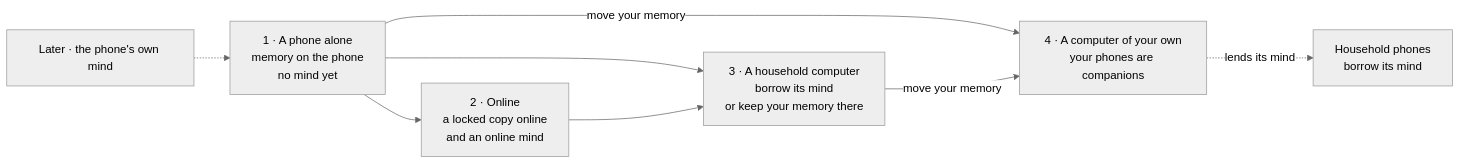
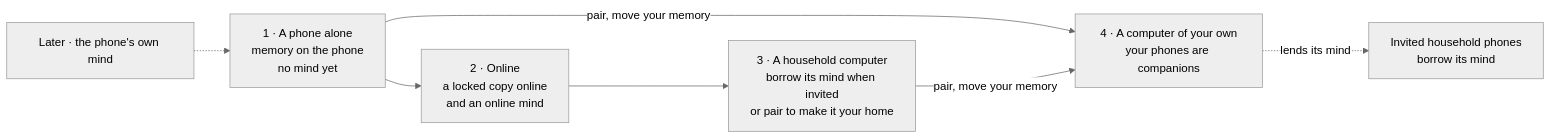
Before and after one commit to agync/nocturne: the first of 5 diagrams in docs/design/phone-parity.md, drawn with Mermaid (neutral theme). The commit also changed other lines of this file and 4 other files, not shown here.

````diff
--- a/docs/design/phone-parity.md
+++ b/docs/design/phone-parity.md
@@ -76,15 +83,14 @@
 ```mermaid
 flowchart LR
     S1["1 · A phone alone<br/>memory on the phone<br/>no mind yet"]
     S2["2 · Online<br/>a locked copy online<br/>and an online mind"]
-    S3["3 · A household computer<br/>borrow its mind<br/>or keep your memory there"]
+    S3["3 · A household computer<br/>borrow its mind when invited<br/>or pair to make it your home"]
     S4["4 · A computer of your own<br/>your phones are companions"]
     M["Later · the phone's own mind"]
     S1 --> S2
-    S1 --> S3
     S2 --> S3
-    S1 -->|move your memory| S4
-    S3 -->|move your memory| S4
-    S4 -. lends its mind .-> G["Household phones<br/>borrow its mind"]
+    S1 -->|pair, move your memory| S4
+    S3 -->|pair, move your memory| S4
+    S4 -. lends its mind .-> G["Invited household phones<br/>borrow its mind"]
     M -.-> S1
 ```
````
